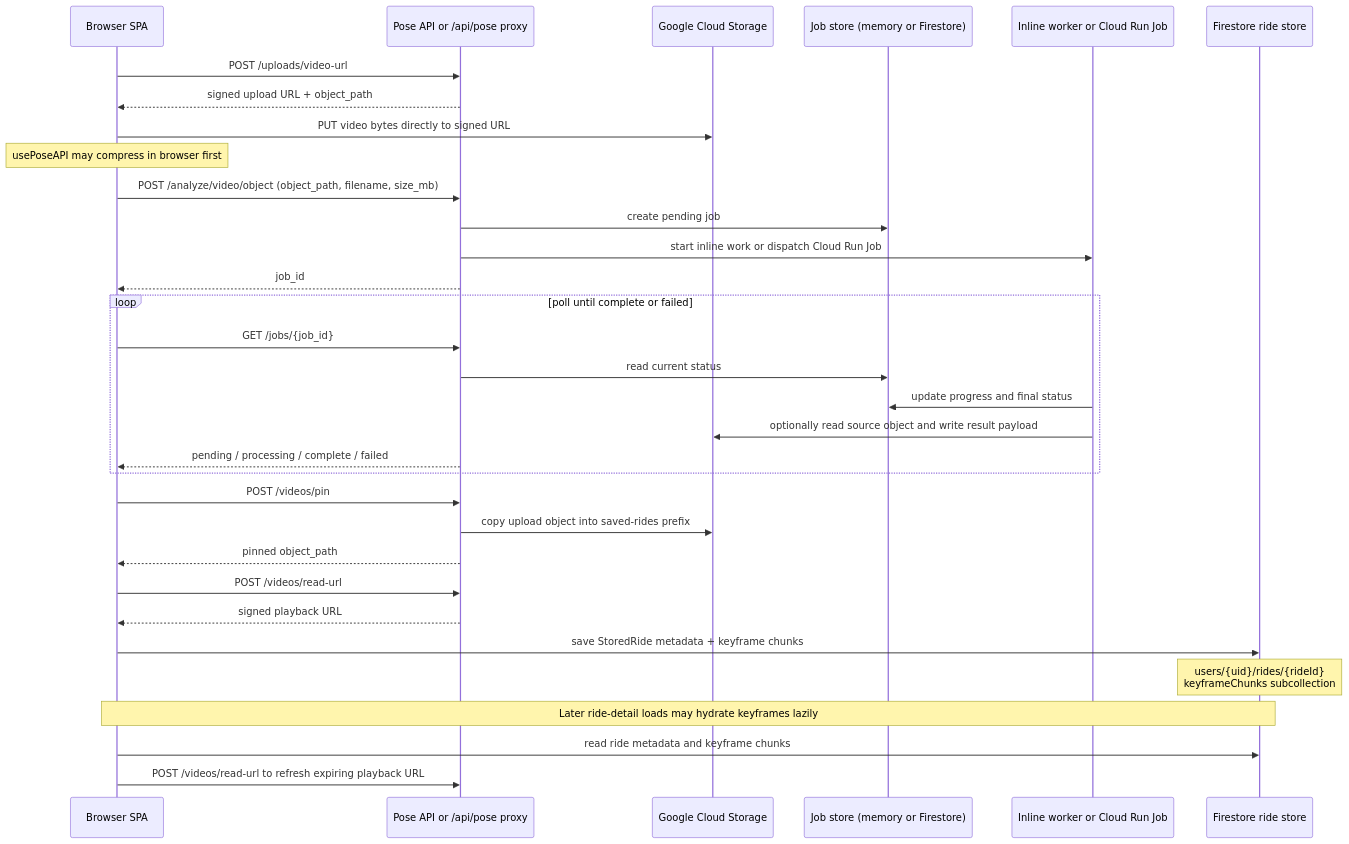
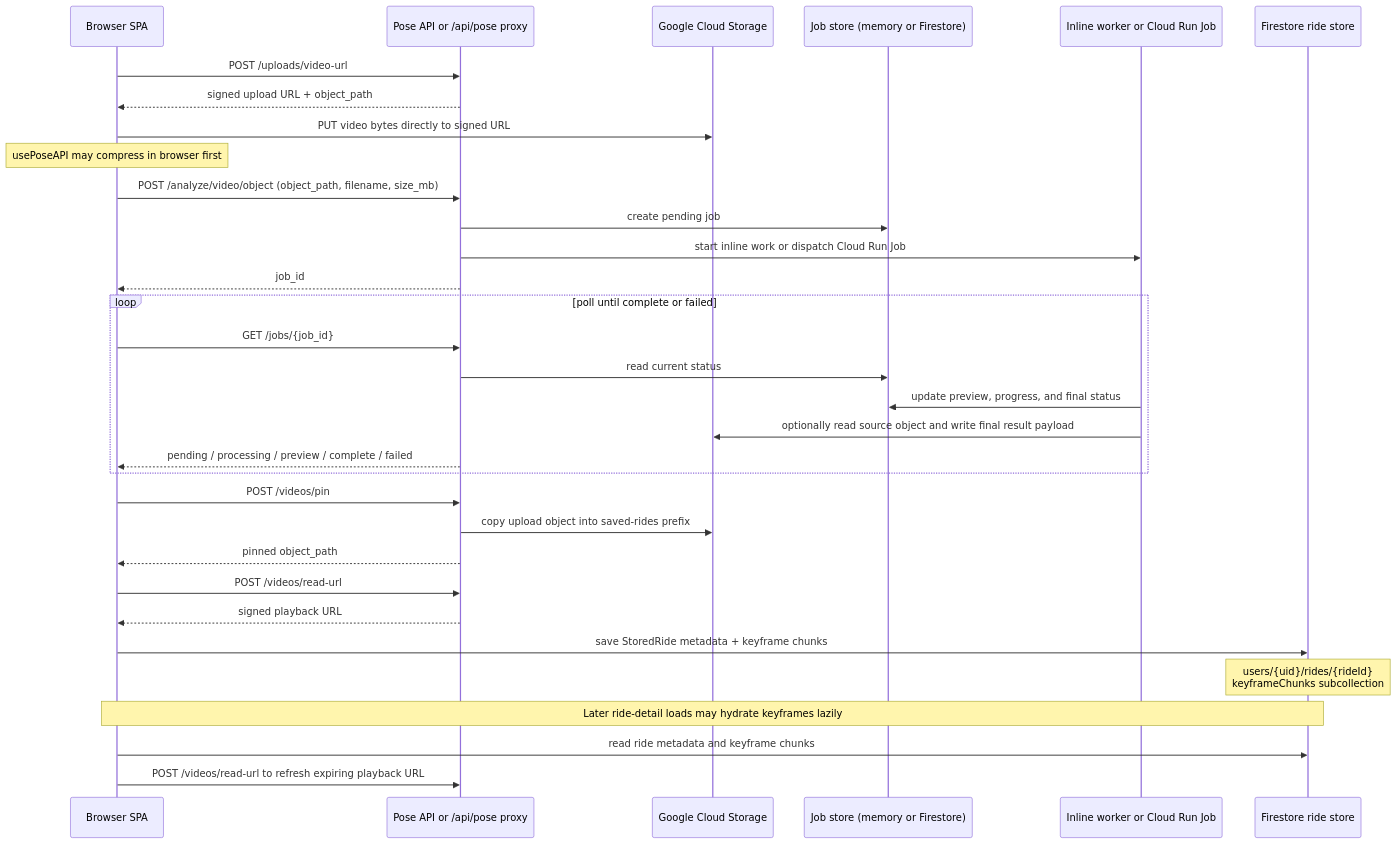
One commit to rossella-horsera/horsera_app changed the second of 2 diagrams in docs/current-app-architecture.md. Above: the diagram before and after it, drawn with Mermaid. The commit also changed other lines of this file and 16 other files, not shown here.

````diff
--- a/docs/current-app-architecture.md
+++ b/docs/current-app-architecture.md
@@ -270,41 +273,41 @@
 ```mermaid
 sequenceDiagram
   participant Rider as Browser SPA
   participant Pose as Pose API or /api/pose proxy
   participant GCS as Google Cloud Storage
   participant Jobs as Job store (memory or Firestore)
   participant Worker as Inline worker or Cloud Run Job
   participant Rides as Firestore ride store
 
   Rider->>Pose: POST /uploads/video-url
   Pose-->>Rider: signed upload URL + object_path
   Rider->>GCS: PUT video bytes directly to signed URL
   Note over Rider: usePoseAPI may compress in browser first
 
   Rider->>Pose: POST /analyze/video/object (object_path, filename, size_mb)
   Pose->>Jobs: create pending job
   Pose->>Worker: start inline work or dispatch Cloud Run Job
   Pose-->>Rider: job_id
 
   loop poll until complete or failed
     Rider->>Pose: GET /jobs/{job_id}
     Pose->>Jobs: read current status
-    Worker->>Jobs: update progress and final status
-    Worker->>GCS: optionally read source object and write result payload
-    Pose-->>Rider: pending / processing / complete / failed
+    Worker->>Jobs: update preview, progress, and final status
+    Worker->>GCS: optionally read source object and write final result payload
+    Pose-->>Rider: pending / processing / preview / complete / failed
   end
 
   Rider->>Pose: POST /videos/pin
   Pose->>GCS: copy upload object into saved-rides prefix
   Pose-->>Rider: pinned object_path
 
   Rider->>Pose: POST /videos/read-url
   Pose-->>Rider: signed playback URL
 
   Rider->>Rides: save StoredRide metadata + keyframe chunks
   Note over Rides: users/{uid}/rides/{rideId}<br/>keyframeChunks subcollection
 
   Note over Rider,Rides: Later ride-detail loads may hydrate keyframes lazily
   Rider->>Rides: read ride metadata and keyframe chunks
   Rider->>Pose: POST /videos/read-url to refresh expiring playback URL
 ```
````
